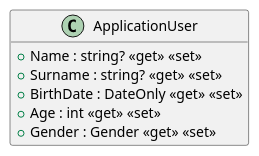
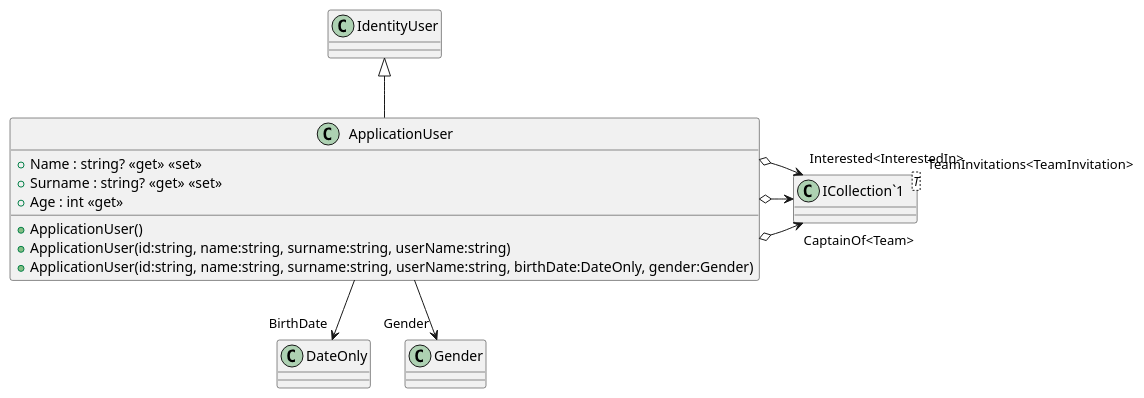
Before and after one commit to ISII2627Erasmus/Barca: the diagram in src/AppForSEII.API/ClassDiagram/ApplicationUser.puml, drawn with PlantUML. The commit also changed 14 other files, not shown here.

Commit message:
Modify PurchaseStatus class and add class diagram files

```diff
--- a/src/AppForSEII.API/ClassDiagram/ApplicationUser.puml
+++ b/src/AppForSEII.API/ClassDiagram/ApplicationUser.puml
@@ -1,10 +1,18 @@
 @startuml
-hide methods
 class ApplicationUser {
+    + ApplicationUser()
+    + ApplicationUser(id:string, name:string, surname:string, userName:string)
+    + ApplicationUser(id:string, name:string, surname:string, userName:string, birthDate:DateOnly, gender:Gender)
     + Name : string? <<get>> <<set>>
     + Surname : string? <<get>> <<set>>
-    + BirthDate : DateOnly <<get>> <<set>>
-    + Age : int <<get>> <<set>>
-    + Gender : Gender <<get>> <<set>>
+    + Age : int <<get>>
 }
+class "ICollection`1"<T> {
+}
+IdentityUser <|-- ApplicationUser
+ApplicationUser --> "BirthDate" DateOnly
+ApplicationUser --> "Gender" Gender
+ApplicationUser o-> "CaptainOf<Team>" "ICollection`1"
+ApplicationUser o-> "TeamInvitations<TeamInvitation>" "ICollection`1"
+ApplicationUser o-> "Interested<InterestedIn>" "ICollection`1"
 @enduml
```
